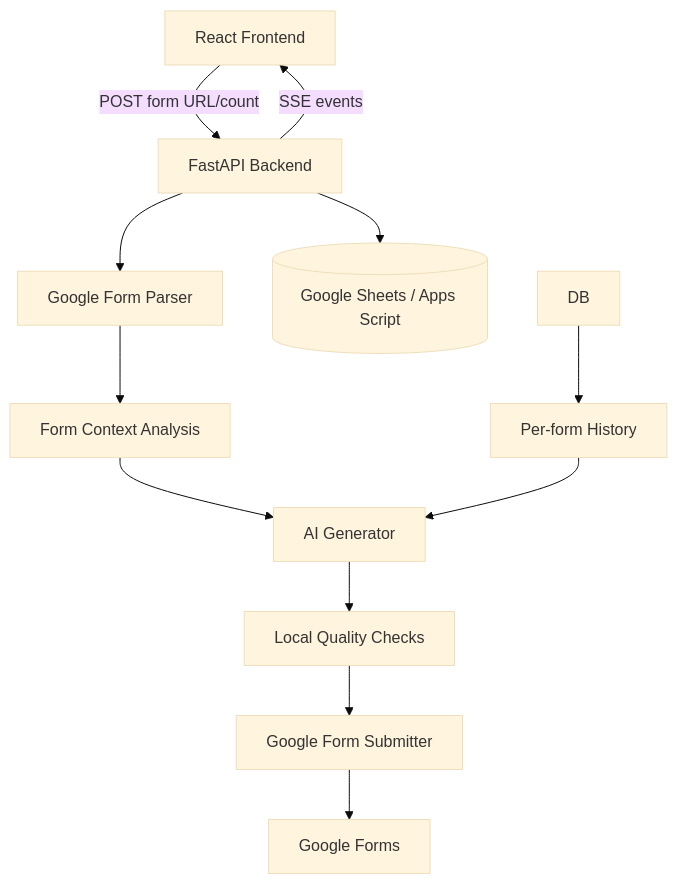
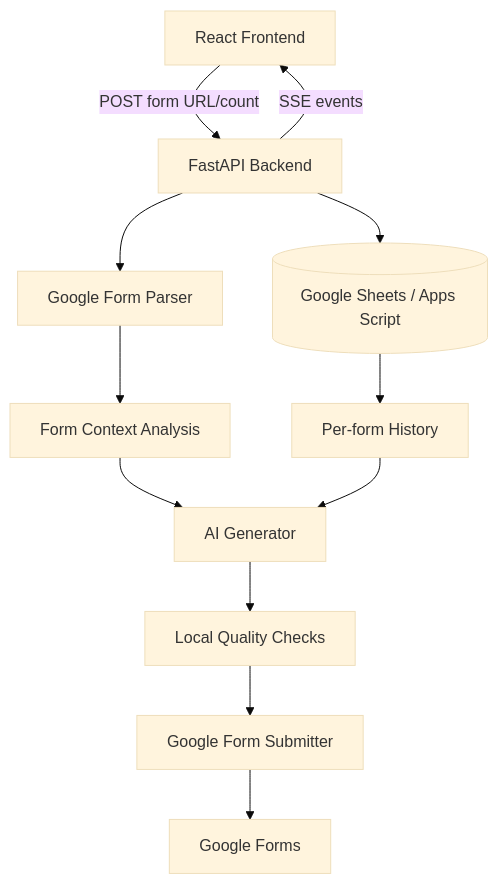
Before and after one commit to rapoii/Vareva-AutoGF: the diagram in docs/ARCHITECTURE.md, drawn with Mermaid (base theme). The commit also changed other lines of this file and 18 other files, not shown here.

First line of the commit message:
Update GitHub-ready docs and review flow fixes

````diff
--- a/docs/ARCHITECTURE.md
+++ b/docs/ARCHITECTURE.md
@@ -7,14 +7,14 @@
 ```mermaid
 flowchart TD
   UI[React Frontend] -->|POST form URL/count| API[FastAPI Backend]
   API --> Parser[Google Form Parser]
   Parser --> Analysis[Form Context Analysis]
   API --> GS[(Google Sheets / Apps Script)]
-  DB --> History[Per-form History]
+  GS --> History[Per-form History]
   Analysis --> Generator[AI Generator]
   History --> Generator
   Generator --> Quality[Local Quality Checks]
   Quality --> Submitter[Google Form Submitter]
   Submitter --> Google[Google Forms]
   API -->|SSE events| UI
 ```
````
